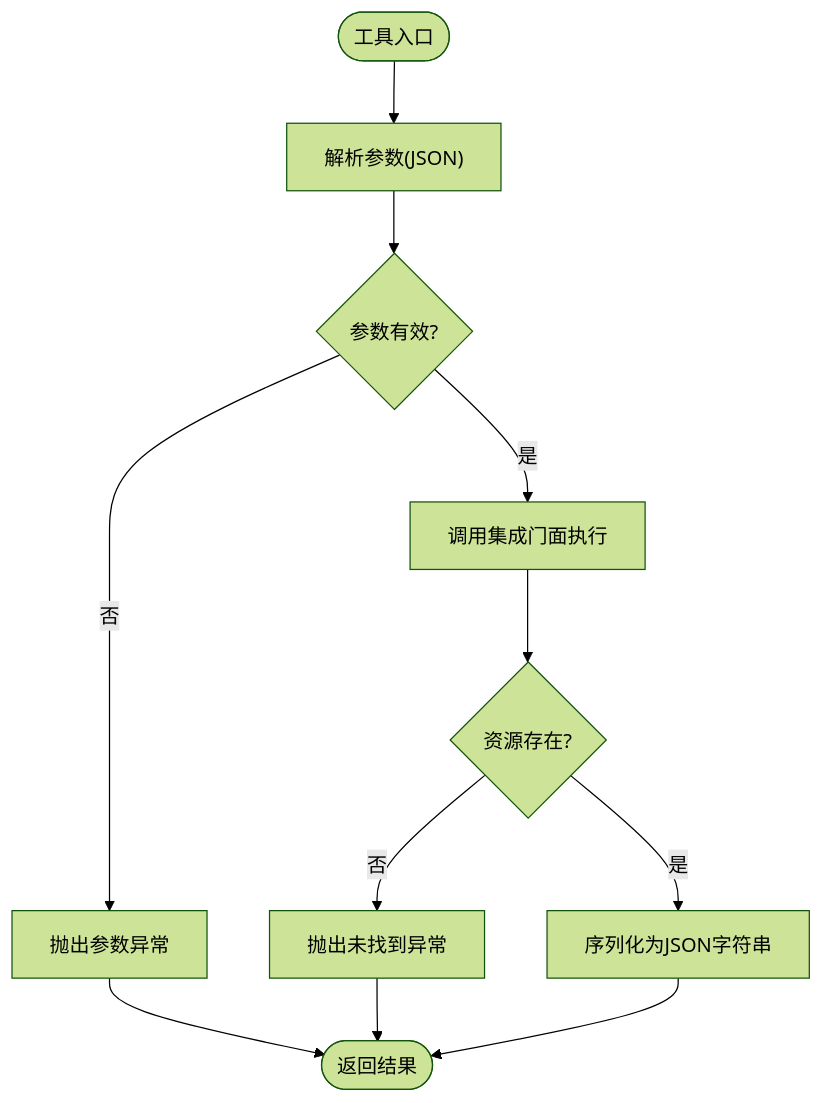
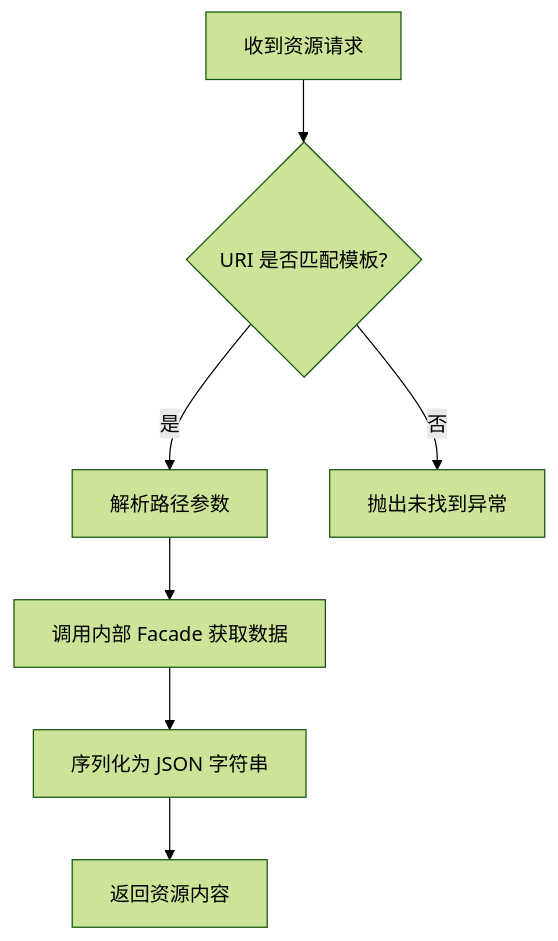
Before and after one commit to wayyet/kingcrab: the fifth of 11 diagrams in .qoder/repowiki/zh/content/API 参考/MCP 协议.md, drawn with Mermaid (forest theme). The commit also changed other lines of this file and 173 other files, not shown here.

````diff
--- a/.qoder/repowiki/zh/content/API 参考/MCP 协议.md
+++ b/.qoder/repowiki/zh/content/API 参考/MCP 协议.md
@@ -161,13 +226,9 @@
 ```mermaid
 flowchart TD
-Start(["工具入口"]) --> Parse["解析参数(JSON)"]
-Parse --> Validate{"参数有效?"}
-Validate -- 否 --> Err["抛出参数异常"]
-Validate -- 是 --> Exec["调用集成门面执行"]
-Exec --> Exists{"资源存在?"}
-Exists -- 否 --> NotFound["抛出未找到异常"]
-Exists -- 是 --> Serialize["序列化为JSON字符串"]
-Serialize --> Done(["返回结果"])
-Err --> Done
-NotFound --> Done
+A["收到资源请求"] --> B{"URI 是否匹配模板?"}
+B --> |是| C["解析路径参数"]
+C --> D["调用内部 Facade 获取数据"]
+D --> E["序列化为 JSON 字符串"]
+E --> F["返回资源内容"]
+B --> |否| G["抛出未找到异常"]
 ```
````
